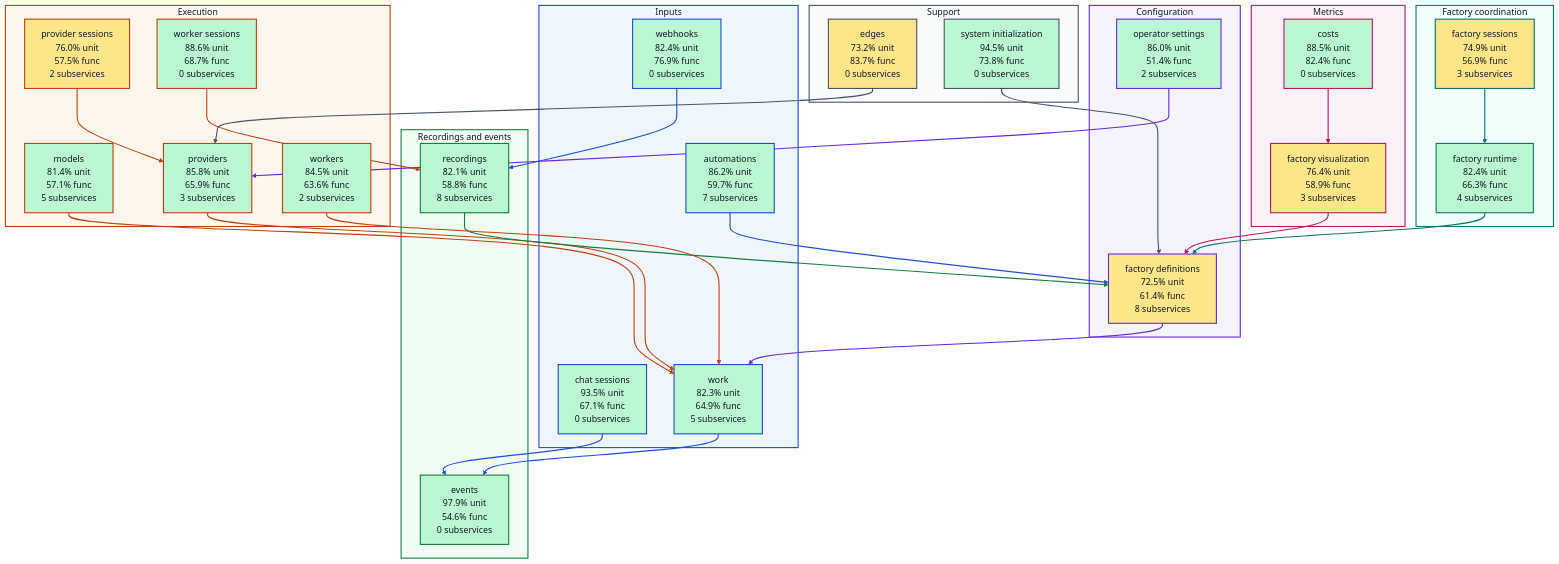
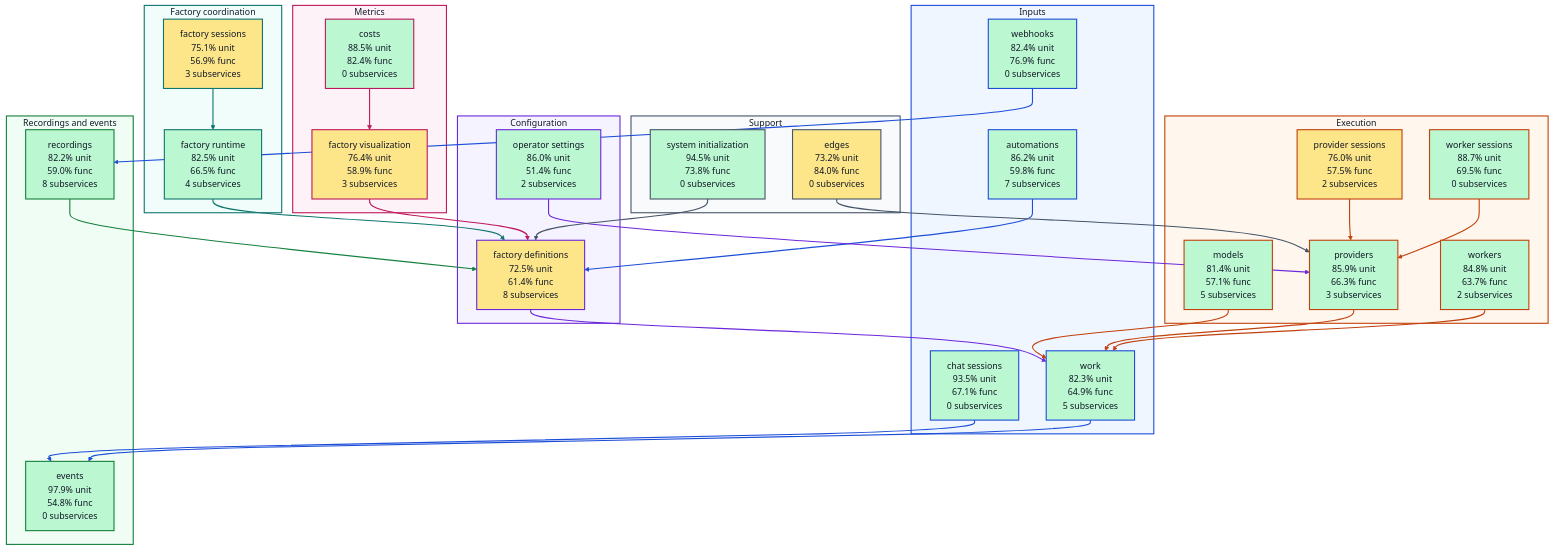
Before and after one commit to portpowered/you-agent-factory: the diagram in docs/architecture/visualizations/high-level-test-coverage.md, drawn with Mermaid (base theme). The commit also changed other lines of this file and 20 other files, not shown here.

Commit message:
docs: refresh backend architecture visualizations

````diff
--- a/docs/architecture/visualizations/high-level-test-coverage.md
+++ b/docs/architecture/visualizations/high-level-test-coverage.md
@@ -11,7 +11,7 @@
 ```mermaid
 flowchart TB
   subgraph input["Inputs"]
-    s_services_automations["automations<br/>86.2% unit<br/>59.7% func<br/>7 subservices"]
+    s_services_automations["automations<br/>86.2% unit<br/>59.8% func<br/>7 subservices"]
     s_services_chat_sessions["chat sessions<br/>93.5% unit<br/>67.1% func<br/>0 subservices"]
     s_services_webhooks["webhooks<br/>82.4% unit<br/>76.9% func<br/>0 subservices"]
     s_services_work["work<br/>82.3% unit<br/>64.9% func<br/>5 subservices"]
@@ -21,26 +21,26 @@
     s_services_operator_settings["operator settings<br/>86.0% unit<br/>51.4% func<br/>2 subservices"]
   end
   subgraph coordination["Factory coordination"]
-    s_services_factory_runtime["factory runtime<br/>82.4% unit<br/>66.3% func<br/>4 subservices"]
-    s_services_factory_sessions["factory sessions<br/>74.9% unit<br/>56.9% func<br/>3 subservices"]
+    s_services_factory_runtime["factory runtime<br/>82.5% unit<br/>66.5% func<br/>4 subservices"]
+    s_services_factory_sessions["factory sessions<br/>75.1% unit<br/>56.9% func<br/>3 subservices"]
   end
   subgraph execution["Execution"]
     s_services_models["models<br/>81.4% unit<br/>57.1% func<br/>5 subservices"]
     s_services_provider_sessions["provider sessions<br/>76.0% unit<br/>57.5% func<br/>2 subservices"]
-    s_services_providers["providers<br/>85.8% unit<br/>65.9% func<br/>3 subservices"]
-    s_services_worker_sessions["worker sessions<br/>88.6% unit<br/>68.7% func<br/>0 subservices"]
-    s_services_workers["workers<br/>84.5% unit<br/>63.6% func<br/>2 subservices"]
+    s_services_providers["providers<br/>85.9% unit<br/>66.3% func<br/>3 subservices"]
+    s_services_worker_sessions["worker sessions<br/>88.7% unit<br/>69.5% func<br/>0 subservices"]
+    s_services_workers["workers<br/>84.8% unit<br/>63.7% func<br/>2 subservices"]
   end
   subgraph recordings["Recordings and events"]
-    s_services_events["events<br/>97.9% unit<br/>54.6% func<br/>0 subservices"]
-    s_services_recordings["recordings<br/>82.1% unit<br/>58.8% func<br/>8 subservices"]
+    s_services_events["events<br/>97.9% unit<br/>54.8% func<br/>0 subservices"]
+    s_services_recordings["recordings<br/>82.2% unit<br/>59.0% func<br/>8 subservices"]
   end
   subgraph metrics["Metrics"]
     s_services_costs["costs<br/>88.5% unit<br/>82.4% func<br/>0 subservices"]
     s_services_factory_visualization["factory visualization<br/>76.4% unit<br/>58.9% func<br/>3 subservices"]
   end
   subgraph support["Support"]
-    s_services_edges["edges<br/>73.2% unit<br/>83.7% func<br/>0 subservices"]
+    s_services_edges["edges<br/>73.2% unit<br/>84.0% func<br/>0 subservices"]
     s_services_system_initialization["system initialization<br/>94.5% unit<br/>73.8% func<br/>0 subservices"]
   end
   s_services_automations --> s_services_factory_definitions
@@ -59,7 +59,7 @@
   s_services_system_initialization --> s_services_factory_definitions
   s_services_webhooks --> s_services_recordings
   s_services_work --> s_services_events
-  s_services_worker_sessions --> s_services_recordings
+  s_services_worker_sessions --> s_services_providers
   s_services_workers --> s_services_work
   style s_services_automations fill:#bbf7d0,stroke:#1d4ed8,stroke-width:2px,color:#111827
   style s_services_chat_sessions fill:#bbf7d0,stroke:#1d4ed8,stroke-width:2px,color:#111827
````
